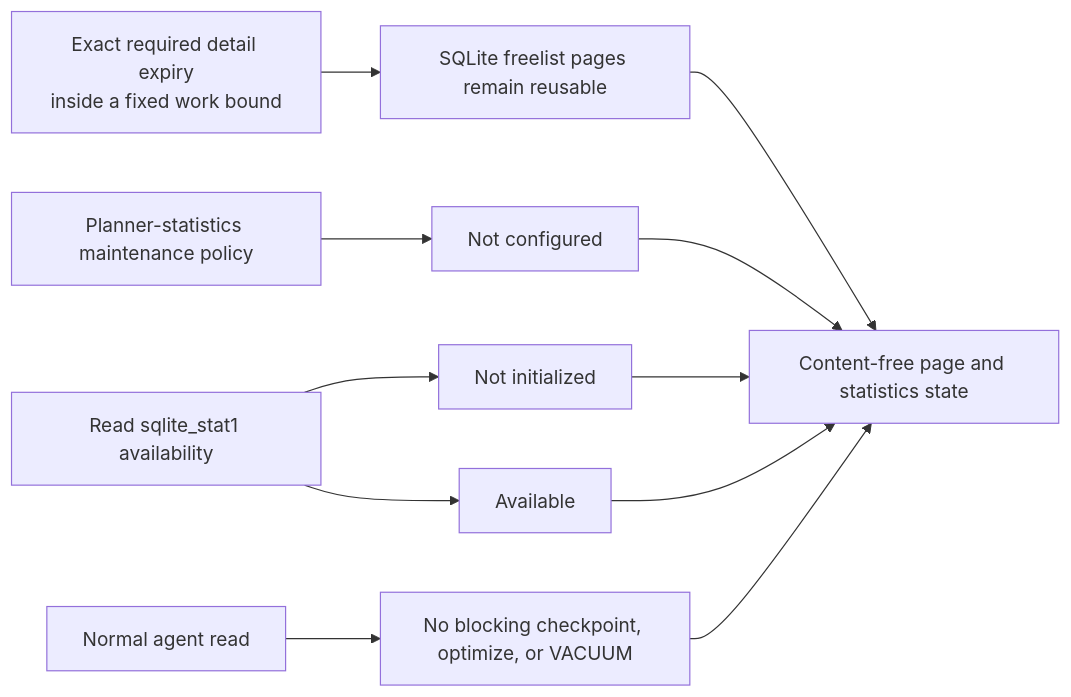
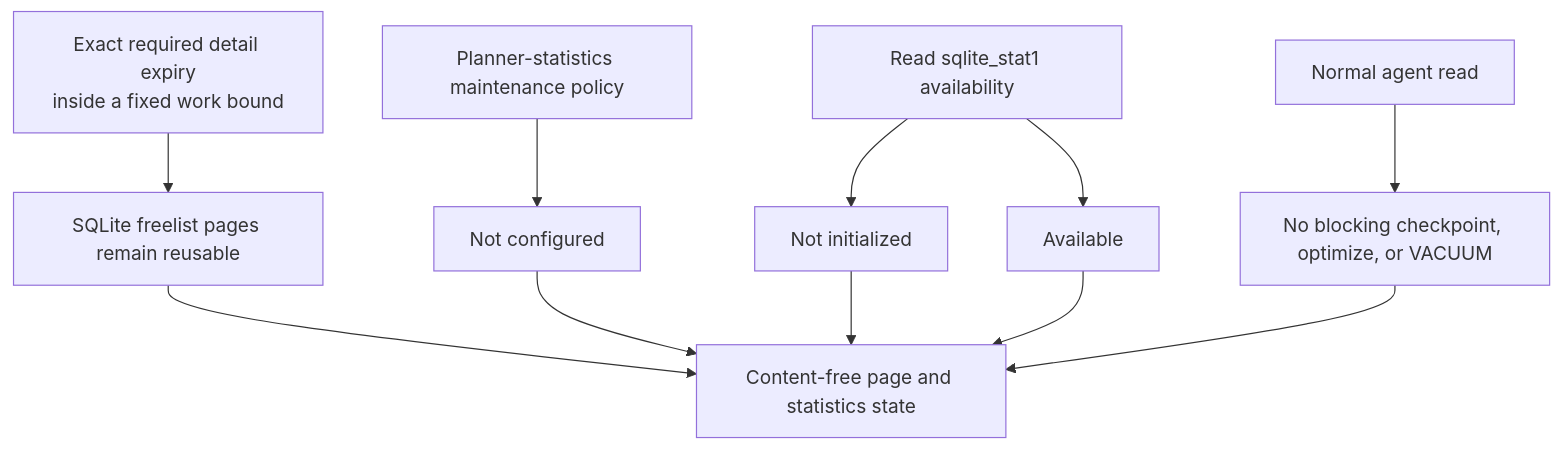
Diagram 20 of 36 in docs/projectatlas-3-architecture.md (styler-ai/ProjectAtlas), drawn with Mermaid before and after one commit. The commit also changed other lines of this file and 59 other files, not shown here.

````diff
--- a/docs/projectatlas-3-architecture.md
+++ b/docs/projectatlas-3-architecture.md
@@ -1358,13 +1403,13 @@
 ```mermaid
-flowchart LR
+flowchart TB
     Delete[Exact required detail expiry<br/>inside a fixed work bound] --> Reuse[SQLite freelist pages remain reusable]
     Reuse --> State[Content-free page and statistics state]
     Policy[Planner-statistics maintenance policy] --> NotConfigured[Not configured]
     NotConfigured --> State
     Stats[Read sqlite_stat1 availability] --> NotInitialized[Not initialized]
     Stats --> Available[Available]
     NotInitialized --> State
     Available --> State
     Normal[Normal agent read] --> NoReclaim[No blocking checkpoint, optimize, or VACUUM]
     NoReclaim --> State
 ```
````
